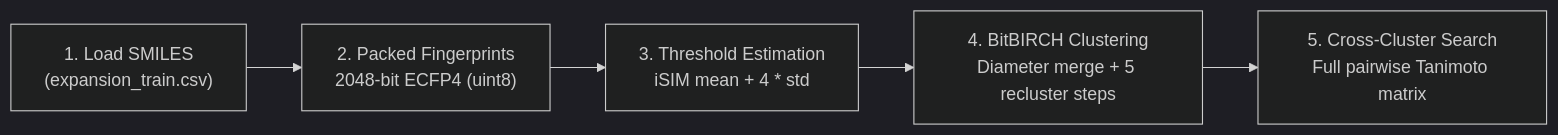
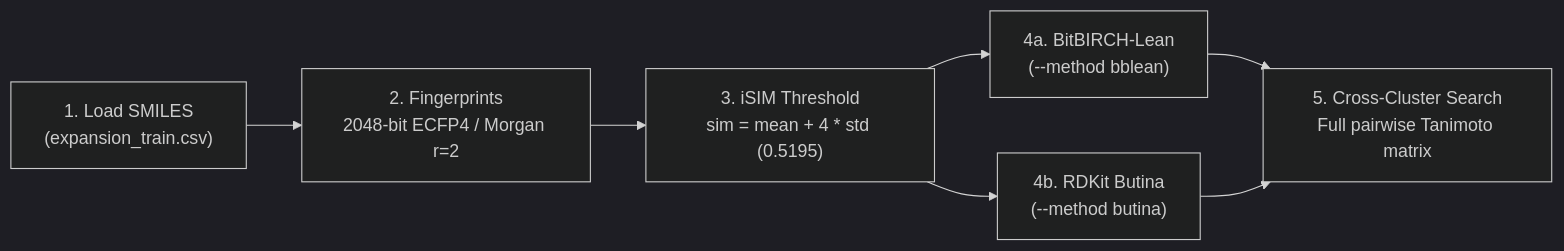
One commit to PatWalters/bblean_test changed the diagram in README.md. Above: the diagram before and after it, drawn with Mermaid (dark theme). The commit also changed other lines of this file and 4 other files, not shown here.

Commit message:
Add RDKit Taylor-Butina clustering and cross-cluster similarity comparison

````diff
--- a/README.md
+++ b/README.md
@@ -23,7 +26,9 @@
 ```mermaid
 flowchart LR
-    A["1. Load SMILES<br/>(expansion_train.csv)"] --> B["2. Packed Fingerprints<br/>2048-bit ECFP4 (uint8)"]
-    B --> C["3. Threshold Estimation<br/>iSIM mean + 4 * std"]
-    C --> D["4. BitBIRCH Clustering<br/>Diameter merge + 5 recluster steps"]
-    D --> E["5. Cross-Cluster Search<br/>Full pairwise Tanimoto matrix"]
+    A["1. Load SMILES<br/>(expansion_train.csv)"] --> B["2. Fingerprints<br/>2048-bit ECFP4 / Morgan r=2"]
+    B --> C["3. iSIM Threshold<br/>sim = mean + 4 * std (0.5195)"]
+    C --> D1["4a. BitBIRCH-Lean<br/>(--method bblean)"]
+    C --> D2["4b. RDKit Butina<br/>(--method butina)"]
+    D1 --> E["5. Cross-Cluster Search<br/>Full pairwise Tanimoto matrix"]
+    D2 --> E
 ```
````
